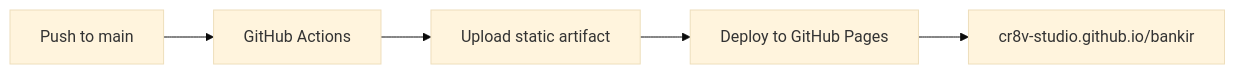
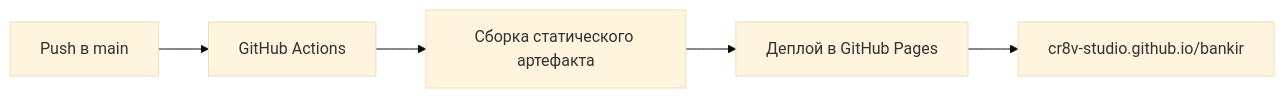
Before and after one commit to cr8v-studio/bankir: the third of 3 diagrams in README.md, drawn with Mermaid (base theme). The commit also changed other lines of this file, not shown here.

````diff
--- a/README.md
+++ b/README.md
@@ -94,7 +94,7 @@
 ```mermaid
 flowchart LR
-  A["Push to main"] --> B["GitHub Actions"]
-  B --> C["Upload static artifact"]
-  C --> D["Deploy to GitHub Pages"]
+  A["Push в main"] --> B["GitHub Actions"]
+  B --> C["Сборка статического артефакта"]
+  C --> D["Деплой в GitHub Pages"]
   D --> E["cr8v-studio.github.io/bankir"]
 ```
````
